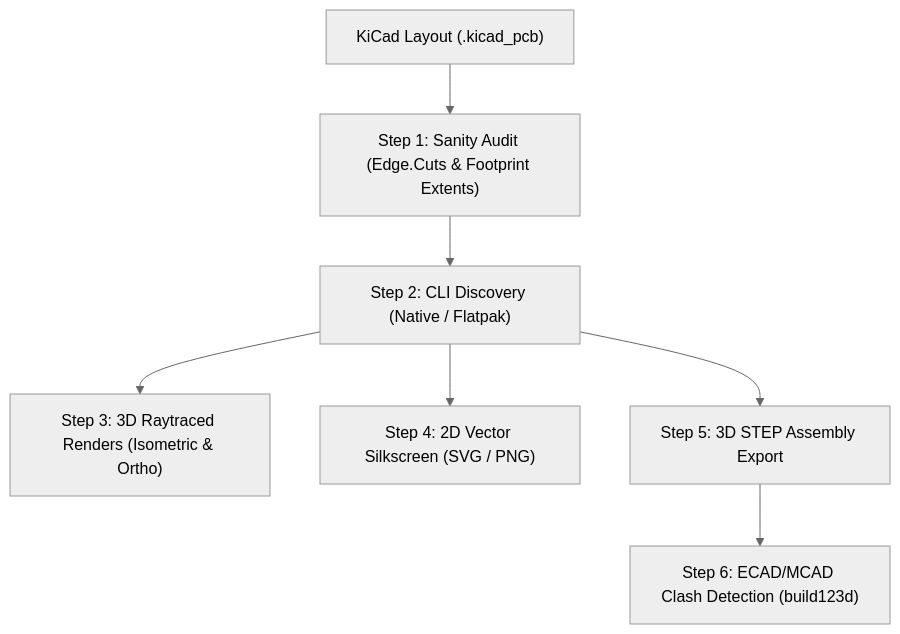
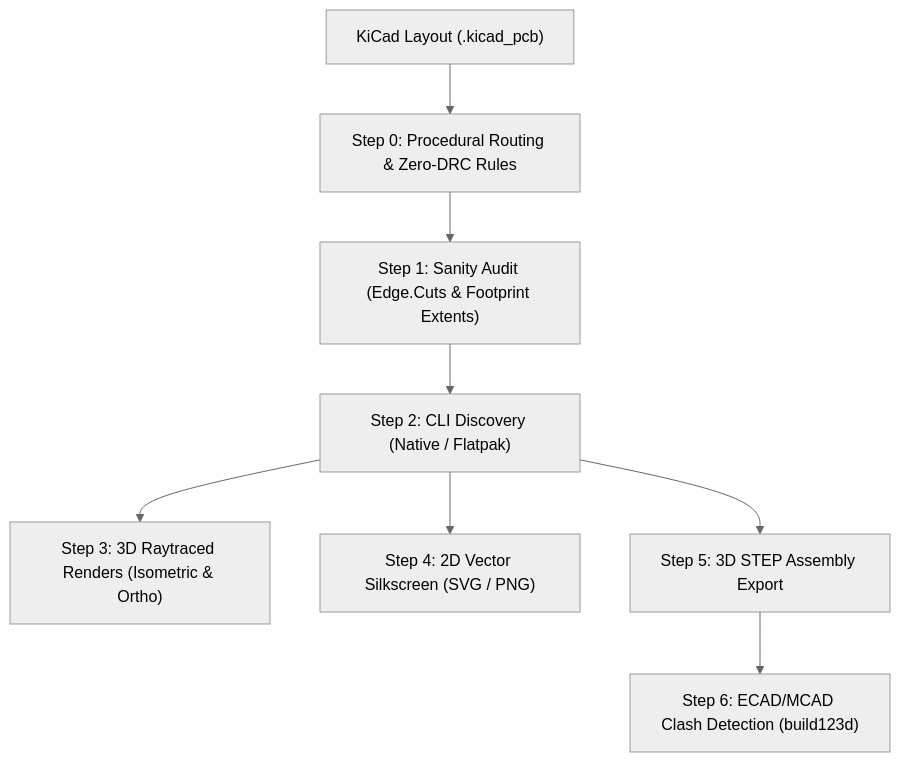
One commit to dcampos00/vannow changed the diagram in .agents/skills/pcb-rendering/SKILL.md. Above: the diagram before and after it, drawn with Mermaid (neutral theme). The commit also changed other lines of this file and 1 other file, not shown here.

Commit message:
docs(skills): incorporate procedural routing, 0-DRC rules, and plain text formatting in pcb-rendering and schematic-design skills

````diff
--- a/.agents/skills/pcb-rendering/SKILL.md
+++ b/.agents/skills/pcb-rendering/SKILL.md
@@ -26,9 +26,10 @@
 ```mermaid
 flowchart TD
-    A["KiCad Layout (.kicad_pcb)"] --> B["Step 1: Sanity Audit (Edge.Cuts & Footprint Extents)"]
+    A["KiCad Layout (.kicad_pcb)"] --> B0["Step 0: Procedural Routing & Zero-DRC Rules"]
+    B0 --> B["Step 1: Sanity Audit (Edge.Cuts & Footprint Extents)"]
     B --> C["Step 2: CLI Discovery (Native / Flatpak)"]
     C --> D1["Step 3: 3D Raytraced Renders (Isometric & Ortho)"]
     C --> D2["Step 4: 2D Vector Silkscreen (SVG / PNG)"]
     C --> D3["Step 5: 3D STEP Assembly Export"]
     D3 --> E["Step 6: ECAD/MCAD Clash Detection (build123d)"]
 ```
````
